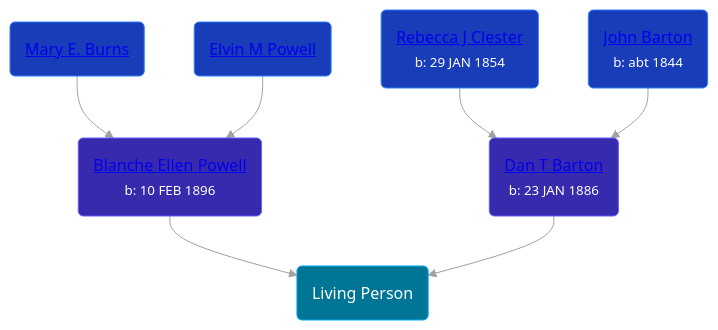
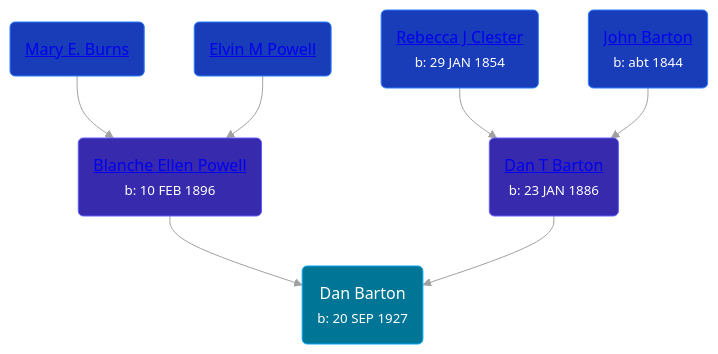
Before and after one commit to wpmgotkh/wpmgotkh.github.io: the diagram in pages/people/7/77714466.md, drawn with Mermaid. The commit also changed other lines of this file and 56 other files, not shown here.

````diff
--- a/pages/people/7/77714466.md
+++ b/pages/people/7/77714466.md
@@ -10,14 +11,14 @@
 ```mermaid
 graph
 classDef grands fill:#193cb8,stroke:#2b7fff,stroke-width:1px,color:#fff;
 classDef parents fill:#372aac,stroke:#615fff,stroke-width:1px,color:#fff;
 classDef primary fill:#007595,stroke:#00a6f4,stroke-width:1px,color:#fff;
-77714466(Living Person):::primary
+77714466(Dan Barton<br /><small>b: 20 SEP 1927</small>):::primary
 88023024(<a class="text-white" href="/people/8/88023024">Blanche Ellen Powell</a><br /><small>b: 10 FEB 1896</small>):::parents-->77714466
 91954272(<a class="text-white" href="/people/9/91954272">Mary E. Burns</a>):::grands-->88023024
 97584214(<a class="text-white" href="/people/9/97584214">Elvin M Powell</a>):::grands-->88023024
 95106328(<a class="text-white" href="/people/9/95106328">Dan T Barton</a><br /><small>b: 23 JAN 1886</small>):::parents-->77714466
 81769008(<a class="text-white" href="/people/8/81769008">Rebecca J Clester</a><br /><small>b: 29 JAN 1854</small>):::grands-->95106328
 56328061(<a class="text-white" href="/people/5/56328061">John Barton</a><br /><small>b: abt 1844</small>):::grands-->95106328
 linkStyle default stroke:#a1a1a1
 ```
````
